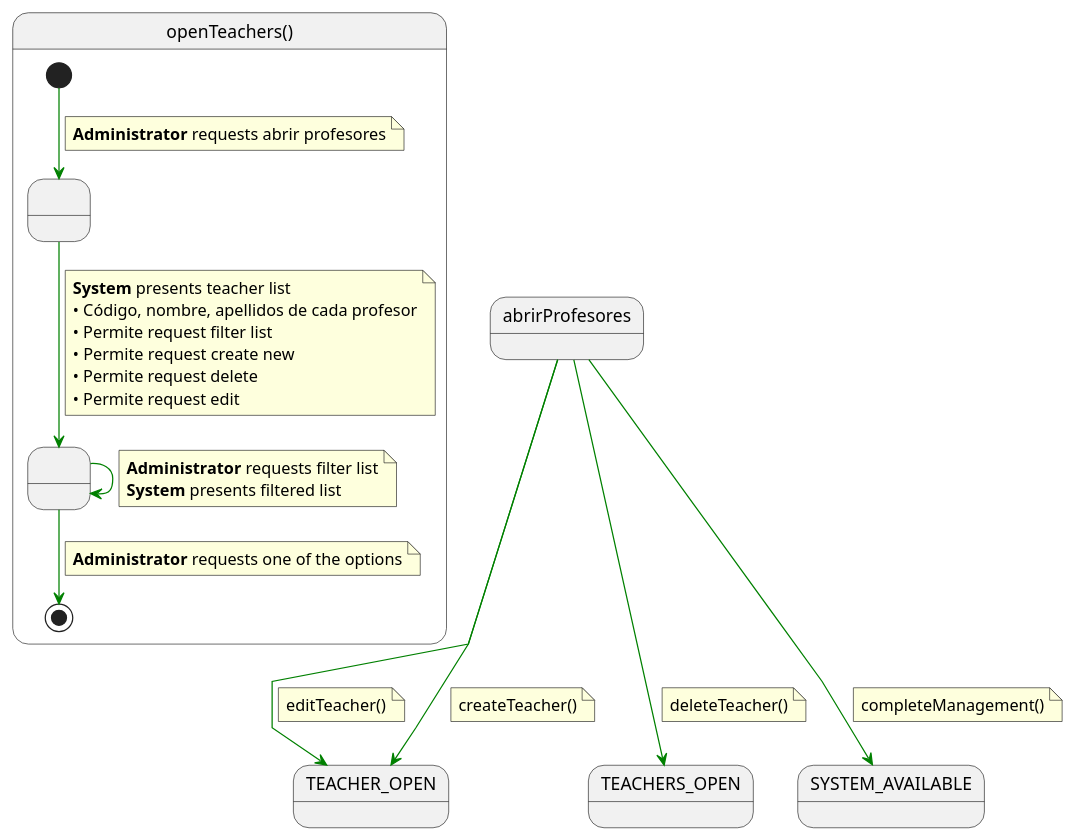
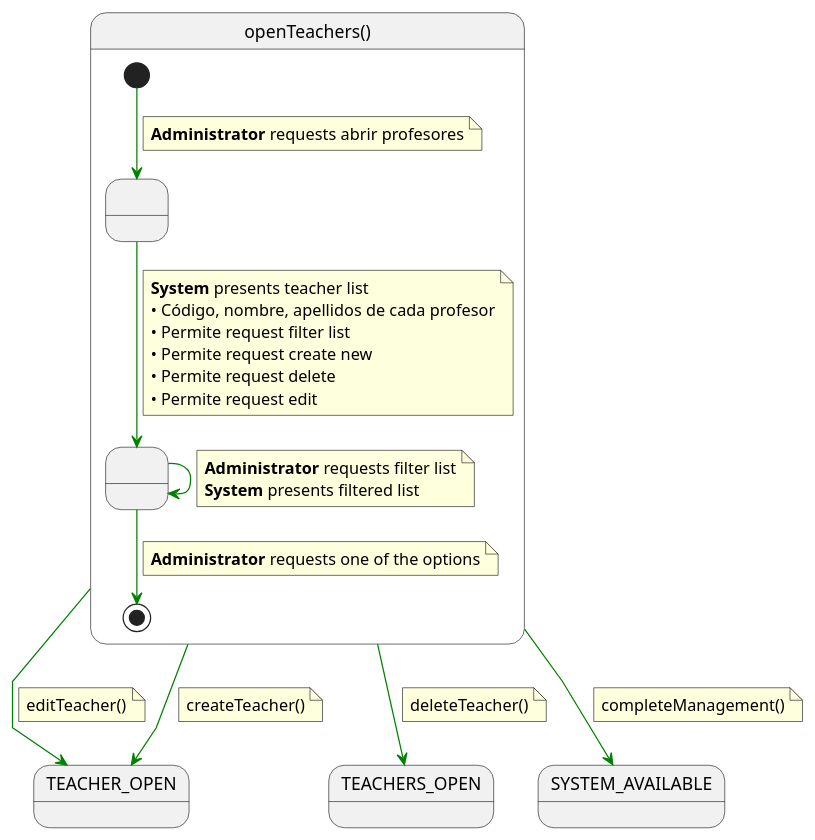
Before and after one commit to mmasias/pySigHor: the diagram in RUP/00-casos-uso/02-detalle/abrirProfesores/especificacion.puml, drawn with PlantUML. The commit also changed 22 other files, not shown here.

```diff
--- a/RUP/00-casos-uso/02-detalle/abrirProfesores/especificacion.puml
+++ b/RUP/00-casos-uso/02-detalle/abrirProfesores/especificacion.puml
@@ -1,57 +1,57 @@
 @startuml openTeachers
 
 skinparam linetype polyline
 
 state openTeachers as "openTeachers()" {
 
     state " " as ShowingList
     state " " as FilteringList
 
     [*] -[#green]-> ShowingList 
     note on link
     <b>Administrator</b> requests abrir profesores
     end note    
     
     ShowingList -[#green]-> FilteringList
     note on link
     <b>System</b> presents teacher list
     • Código, nombre, apellidos de cada profesor
     • Permite request filter list
     • Permite request create new
     • Permite request delete
     • Permite request edit
     end note
     
     FilteringList -[#green]-> FilteringList
     note on link
     <b>Administrator</b> requests filter list
     <b>System</b> presents filtered list
     end note
     
     FilteringList -[#green]-> [*]
     note on link
     <b>Administrator</b> requests one of the options
     end note
 }
 
-abrirProfesores -[#green]-> TEACHER_OPEN
+openTeachers -[#green]-> TEACHER_OPEN
 note on link
 editTeacher()
 end note
 
-abrirProfesores -[#green]-> TEACHER_OPEN
+openTeachers -[#green]-> TEACHER_OPEN
 note on link
 createTeacher()
 end note
 
-abrirProfesores -[#green]-> TEACHERS_OPEN
+openTeachers -[#green]-> TEACHERS_OPEN
 note on link
 deleteTeacher()
 end note
 
-abrirProfesores -[#green]-> SYSTEM_AVAILABLE
+openTeachers -[#green]-> SYSTEM_AVAILABLE
 note on link
 completeManagement()
 end note
 
 @enduml
```
